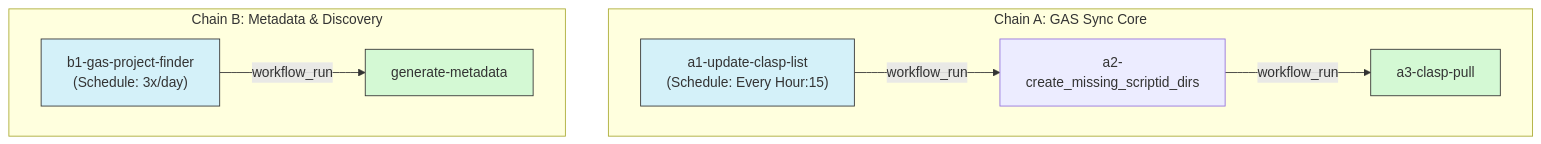
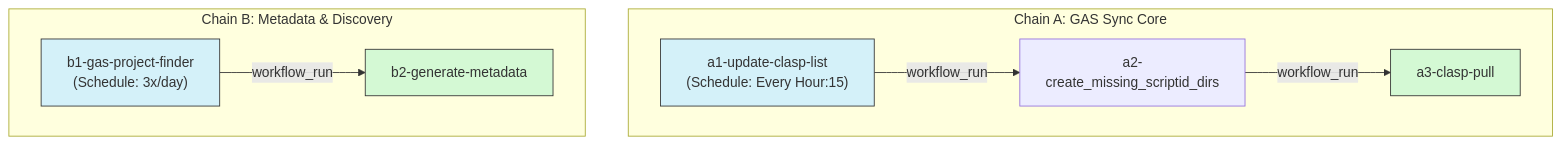
One commit to TakashiSasaki/gas.moukaeritai.work changed the diagram in .github/workflows/AGENTS.md. Above: the diagram before and after it, drawn with Mermaid. The commit also changed other lines of this file and 2 other files, not shown here.

First line of the commit message:
Rename generate-metadata workflow to b2-generate-metadata

````diff
--- a/.github/workflows/AGENTS.md
+++ b/.github/workflows/AGENTS.md
@@ -58,16 +58,16 @@
 ```mermaid
 graph TD
     subgraph "Chain A: GAS Sync Core"
         A1["a1-update-clasp-list<br/>(Schedule: Every Hour:15)"] -->|workflow_run| A2["a2-create_missing_scriptid_dirs"]
         A2 -->|workflow_run| A3["a3-clasp-pull"]
     end
 
     subgraph "Chain B: Metadata & Discovery"
-        B1["b1-gas-project-finder<br/>(Schedule: 3x/day)"] -->|workflow_run| B2["generate-metadata"]
+        B1["b1-gas-project-finder<br/>(Schedule: 3x/day)"] -->|workflow_run| B2["b2-generate-metadata"]
     end
 
     style A1 fill:#d4f1f9,stroke:#333
     style B1 fill:#d4f1f9,stroke:#333
     style A3 fill:#d4f9d4,stroke:#333
     style B2 fill:#d4f9d4,stroke:#333
 ```
````
